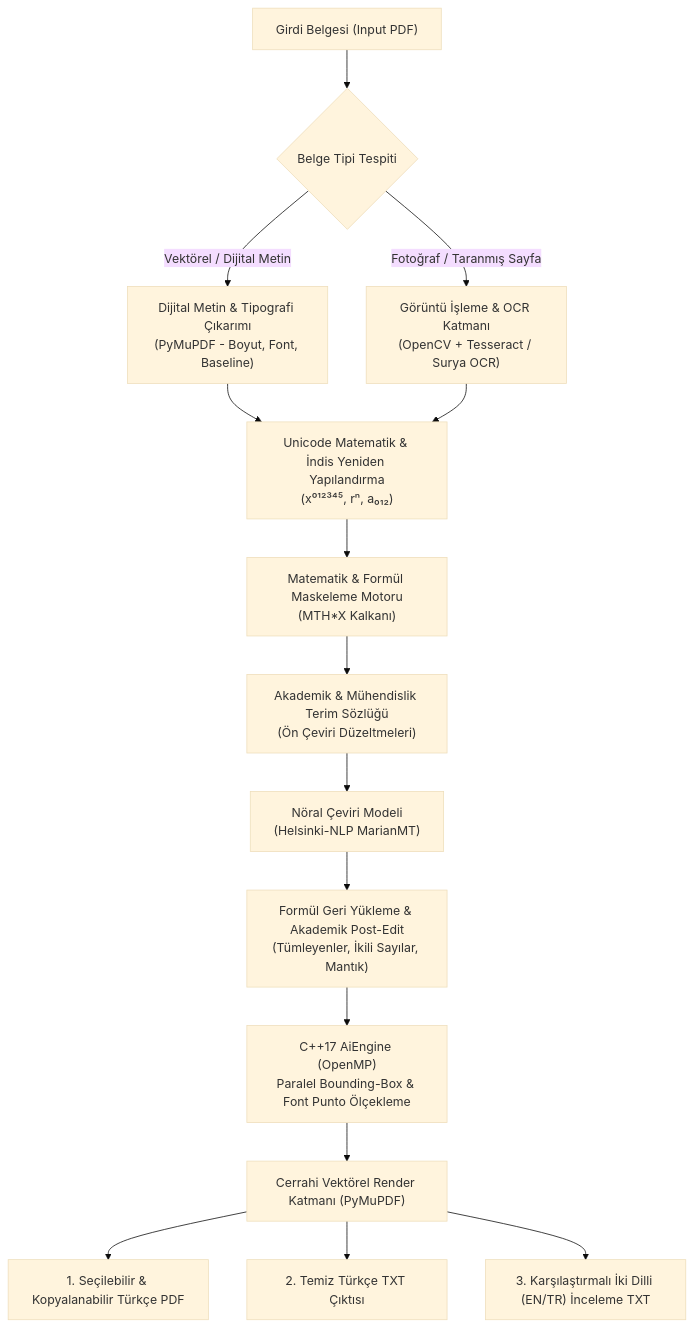
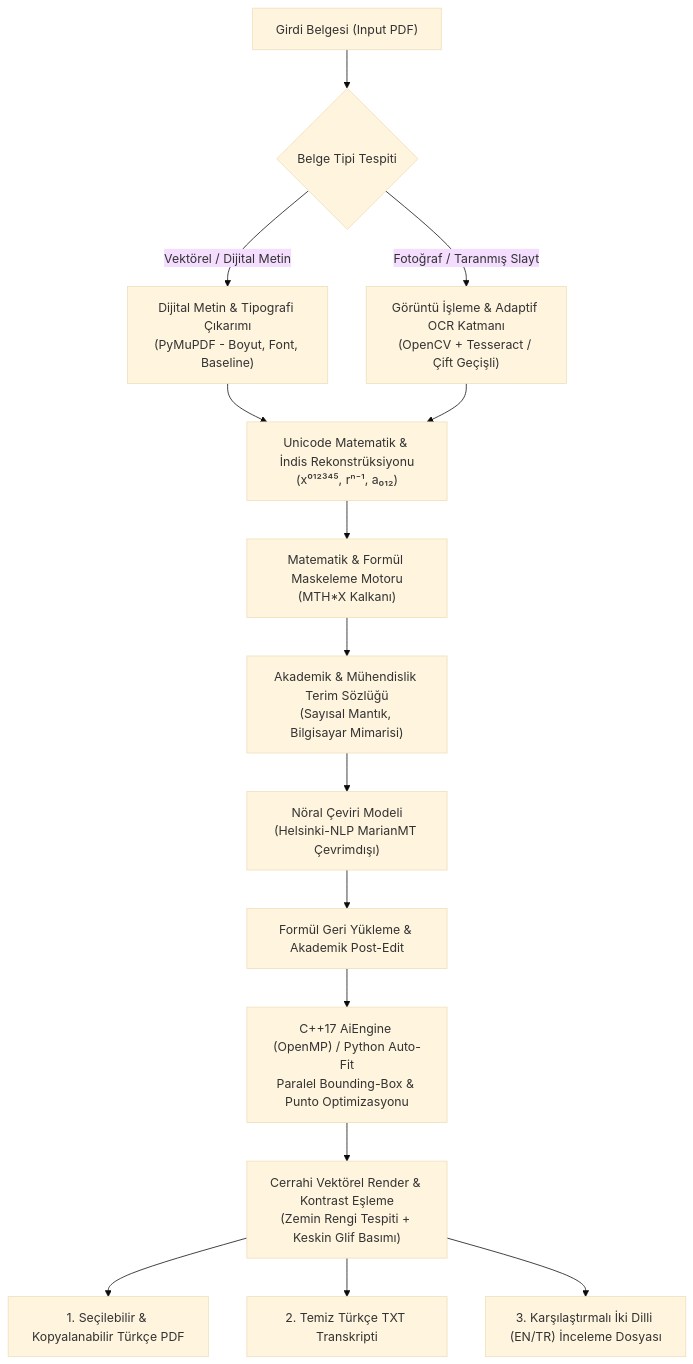
The diagram in README.md (Tefezimli/PDF_AI_BOOK-TRANSLATER_ING-TO-TR), drawn with Mermaid (base theme) before and after one commit. The commit also changed other lines of this file and 7 other files, not shown here.

````diff
--- a/README.md
+++ b/README.md
@@ -25,23 +99,23 @@
 ```mermaid
 flowchart TD
     A["Girdi Belgesi (Input PDF)"] --> B{"Belge Tipi Tespiti"}
     
     B -->|"Vektörel / Dijital Metin"| C["Dijital Metin & Tipografi Çıkarımı<br/>(PyMuPDF - Boyut, Font, Baseline)"]
-    B -->|"Fotoğraf / Taranmış Sayfa"| D["Görüntü İşleme & OCR Katmanı<br/>(OpenCV + Tesseract / Surya OCR)"]
+    B -->|"Fotoğraf / Taranmış Slayt"| D["Görüntü İşleme & Adaptif OCR Katmanı<br/>(OpenCV + Tesseract / Çift Geçişli)"]
     
-    C --> E["Unicode Matematik & İndis Yeniden Yapılandırma<br/>(x⁰¹²³⁴⁵, rⁿ, a₀₁₂)"]
+    C --> E["Unicode Matematik & İndis Rekonstrüksiyonu<br/>(x⁰¹²³⁴⁵, rⁿ⁻¹, a₀₁₂)"]
     D --> E
     
     E --> F["Matematik & Formül Maskeleme Motoru<br/>(MTH*X Kalkanı)"]
-    F --> G["Akademik & Mühendislik Terim Sözlüğü<br/>(Ön Çeviri Düzeltmeleri)"]
-    G --> H["Nöral Çeviri Modeli<br/>(Helsinki-NLP MarianMT)"]
-    H --> I["Formül Geri Yükleme & Akademik Post-Edit<br/>(Tümleyenler, İkili Sayılar, Mantık)"]
+    F --> G["Akademik & Mühendislik Terim Sözlüğü<br/>(Sayısal Mantık, Bilgisayar Mimarisi)"]
+    G --> H["Nöral Çeviri Modeli<br/>(Helsinki-NLP MarianMT Çevrimdışı)"]
+    H --> I["Formül Geri Yükleme & Akademik Post-Edit"]
     
-    I --> J["C++17 AiEngine (OpenMP)<br/>Paralel Bounding-Box & Font Punto Ölçekleme"]
+    I --> J["C++17 AiEngine (OpenMP) / Python Auto-Fit<br/>Paralel Bounding-Box & Punto Optimizasyonu"]
     
-    J --> K["Cerrahi Vektörel Render Katmanı (PyMuPDF)"]
+    J --> K["Cerrahi Vektörel Render & Kontrast Eşleme<br/>(Zemin Rengi Tespiti + Keskin Glif Basımı)"]
     
     K --> L["1. Seçilebilir & Kopyalanabilir Türkçe PDF"]
-    K --> M["2. Temiz Türkçe TXT Çıktısı"]
-    K --> N["3. Karşılaştırmalı İki Dilli (EN/TR) İnceleme TXT"]
+    K --> M["2. Temiz Türkçe TXT Transkripti"]
+    K --> N["3. Karşılaştırmalı İki Dilli (EN/TR) İnceleme Dosyası"]
 ```
````
